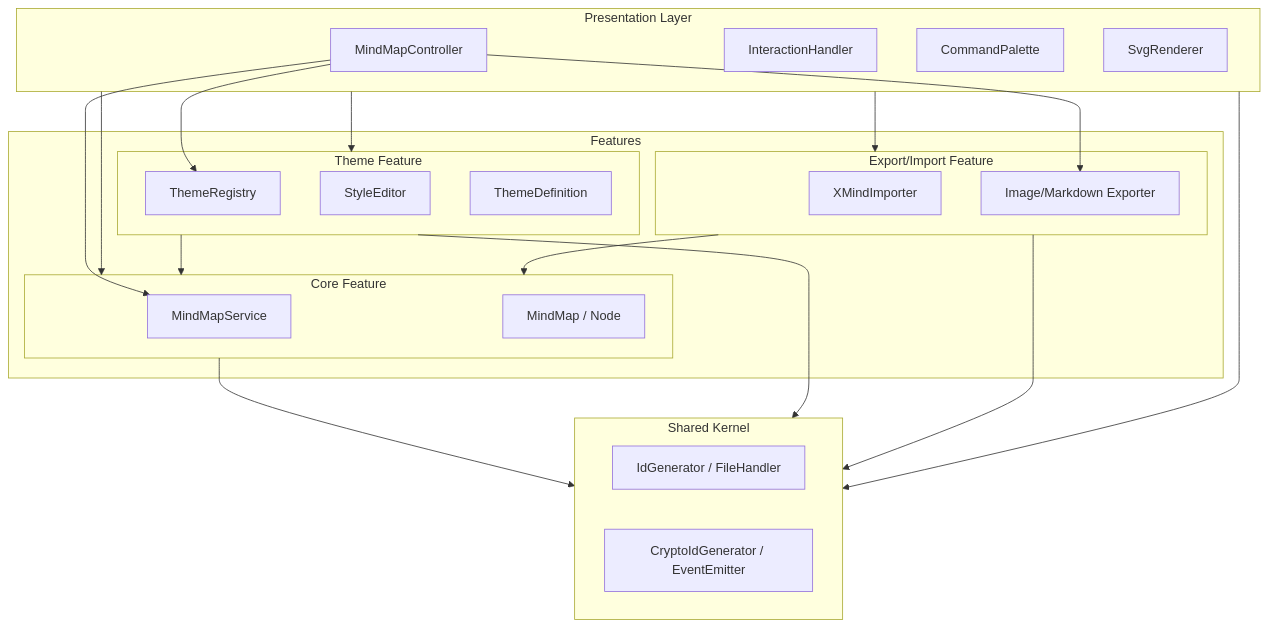
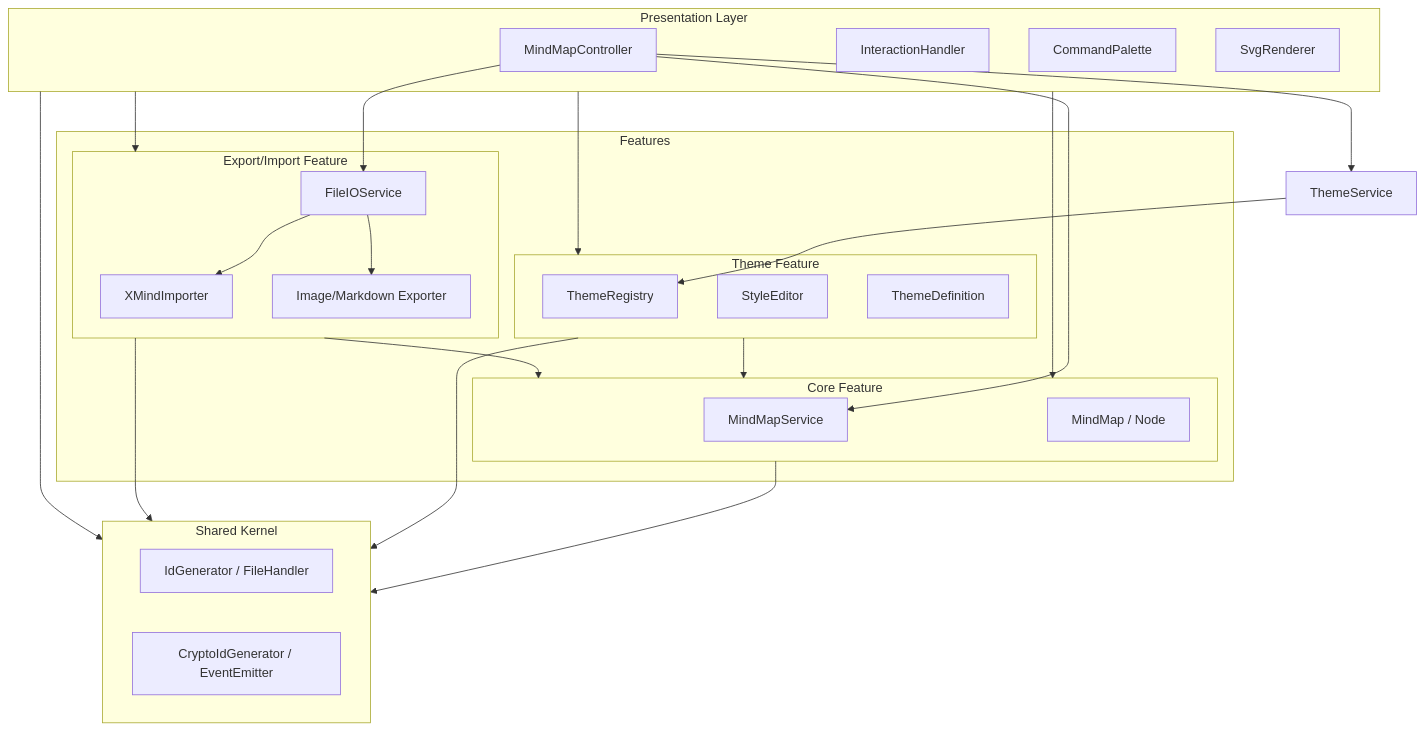
Before and after one commit to hiroooo000/kakidash: the first of 7 diagrams in docs/SOFTWARE_ARCHITECTURE.md, drawn with Mermaid. The commit also changed other lines of this file and 25 other files, not shown here.

First line of the commit message:
refactor: extract FileIOService and ThemeService from MindMapController

````diff
--- a/docs/SOFTWARE_ARCHITECTURE.md
+++ b/docs/SOFTWARE_ARCHITECTURE.md
@@ -10,52 +10,57 @@
 ```mermaid
 graph TD
     subgraph Presentation ["Presentation Layer"]
         Controller[MindMapController]
         Interaction[InteractionHandler]
         Command[CommandPalette]
         View[SvgRenderer]
     end
 
     subgraph Features ["Features"]
         subgraph Core ["Core Feature"]
             Service[MindMapService]
             DomainEntities[MindMap / Node]
         end
 
         subgraph Theme ["Theme Feature"]
             ThemeReg[ThemeRegistry]
             StyleEd[StyleEditor]
             ThemeDef[ThemeDefinition]
         end
 
         subgraph Export ["Export/Import Feature"]
             Importers[XMindImporter]
             Exporters[Image/Markdown Exporter]
+            FileIO[FileIOService]
         end
     end
 
     subgraph Shared ["Shared Kernel"]
         Kernel[IdGenerator / FileHandler]
         Infra[CryptoIdGenerator / EventEmitter]
     end
 
     %% Dependencies
     Presentation --> Core
     Presentation --> Theme
     Presentation --> Export
     
     %% Feature Inter-dependencies
     Theme --> Core
     Export --> Core
 
     %% Cross-cutting
     Core --> Shared
     Theme --> Shared
     Export --> Shared
     Presentation --> Shared
 
     %% Specific wiring
     Controller --> Service
-    Controller --> ThemeReg
-    Controller --> Exporters
+    Controller --> ThemeService
+    Controller --> FileIO
+
+    ThemeService --> ThemeReg
+    FileIO --> Exporters
+    FileIO --> Importers
 ```
````
